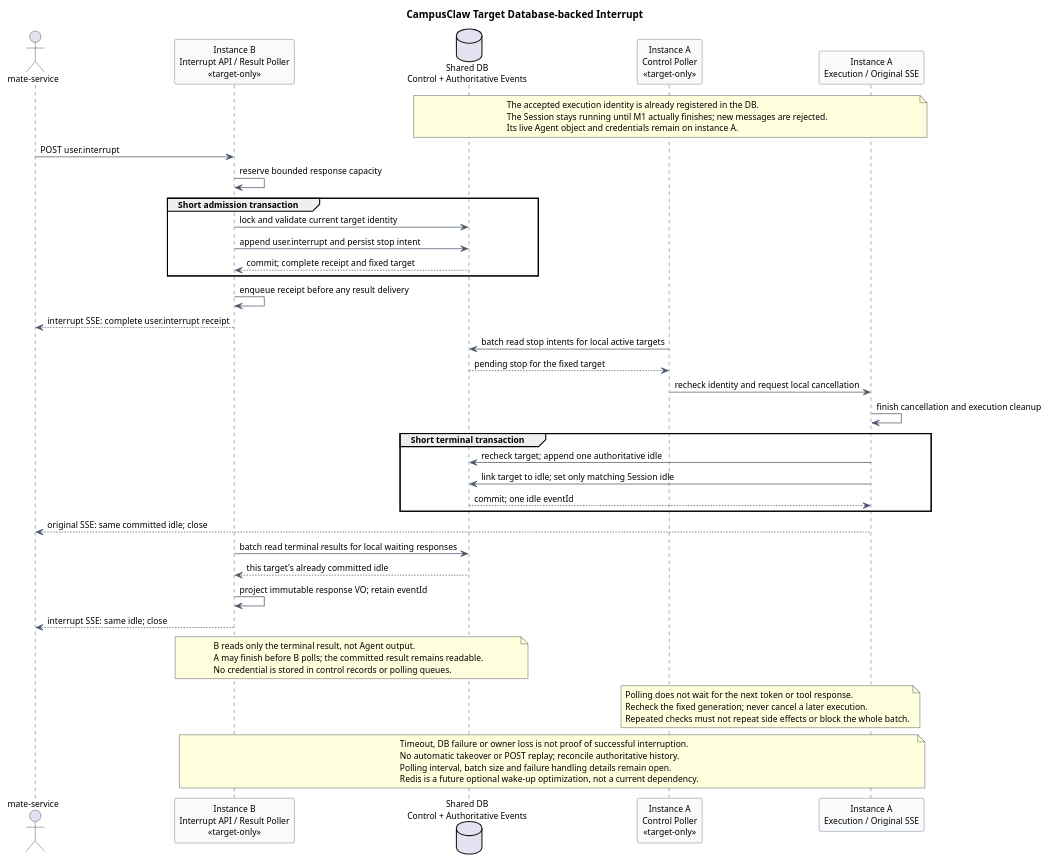
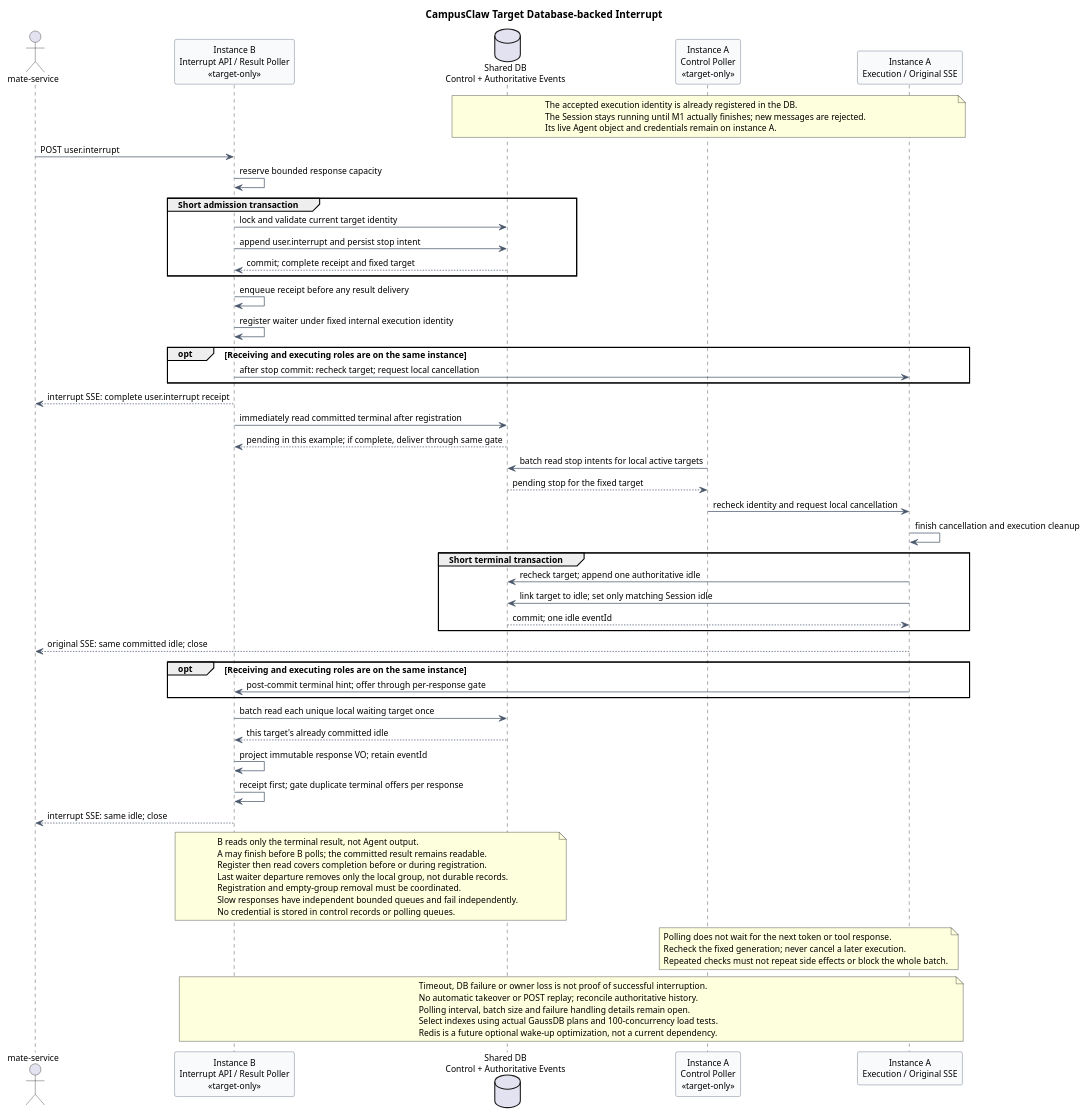
One commit to ssm0808/pi-mono-java-design changed the fourth of 5 diagrams in 01-总体架构/01-CampusClaw多Agent运行时/设计图/事件接口重设计/diagram.puml. Above: the diagram before and after it, drawn with PlantUML. The commit also changed other lines of this file and 14 other files, not shown here.

```diff
--- a/01-总体架构/01-CampusClaw多Agent运行时/设计图/事件接口重设计/diagram.puml
+++ b/01-总体架构/01-CampusClaw多Agent运行时/设计图/事件接口重设计/diagram.puml
@@ -303,76 +314,93 @@
 @startuml target_database_interrupt_delivery
 title CampusClaw Target Database-backed Interrupt
 ' Source evidence: pi-mono-java 918005ee8ccc88d179fc31a0de17a92b4a01383b.
 ' campusclaw/src/main/java/com/huawei/hicampus/claw/codingagent/runtimeapi/runtime/RuntimeActiveExecution.java,
 ' requestAbort/complete: in-memory cancellation and completion only.
 ' campusclaw/src/main/java/com/huawei/hicampus/claw/codingagent/runtimeapi/runtime/RuntimeSessionEngineRegistry.java,
 ' register/find: active executions live inside one process.
 ' campusclaw/src/main/java/com/huawei/hicampus/claw/codingagent/runtimeapi/persistence/MyBatisRuntimeSessionRepository.java,
 ' acceptUserEvent/finishExecution: current message acceptance and Session state updates.
 ' Observed behavior: current Java has no durable cross-instance interrupt handoff.
 ' Confirmed target architecture: DB stop intent and per-instance batch polling.
+' Confirmed M7: post-commit local wake-up, unique target queries, measured indexes.
+' Target-only: registration recovery and terminal delivery gates are not implemented.
 ' Design reason: accept on any instance without sticky routing or remote Java references.
 ' Schema, interval, race response details and crash recovery remain under review.
 skinparam backgroundColor #FFFFFF
 skinparam shadowing false
 skinparam defaultFontName Arial
 skinparam defaultFontSize 12
 skinparam sequence {
   ParticipantBackgroundColor #F8FAFC
   ParticipantBorderColor #475569
   ArrowColor #475569
 }
 actor "mate-service" as Client
 participant "Instance B\nInterrupt API / Result Poller\n<<target-only>>" as B
 database "Shared DB\nControl + Authoritative Events" as DB
 participant "Instance A\nControl Poller\n<<target-only>>" as Poller
 participant "Instance A\nExecution / Original SSE" as A
 
 note over DB,A
 The accepted execution identity is already registered in the DB.
 The Session stays running until M1 actually finishes; new messages are rejected.
 Its live Agent object and credentials remain on instance A.
 end note
 Client -> B : POST user.interrupt
 B -> B : reserve bounded response capacity
 group Short admission transaction
   B -> DB : lock and validate current target identity
   B -> DB : append user.interrupt and persist stop intent
   DB --> B : commit; complete receipt and fixed target
 end
 B -> B : enqueue receipt before any result delivery
+B -> B : register waiter under fixed internal execution identity
+opt Receiving and executing roles are on the same instance
+  B -> A : after stop commit: recheck target; request local cancellation
+end
 B --> Client : interrupt SSE: complete user.interrupt receipt
+B -> DB : immediately read committed terminal after registration
+DB --> B : pending in this example; if complete, deliver through same gate
 
 Poller -> DB : batch read stop intents for local active targets
 DB --> Poller : pending stop for the fixed target
 Poller -> A : recheck identity and request local cancellation
 A -> A : finish cancellation and execution cleanup
 group Short terminal transaction
   A -> DB : recheck target; append one authoritative idle
   A -> DB : link target to idle; set only matching Session idle
   DB --> A : commit; one idle eventId
 end
 A --> Client : original SSE: same committed idle; close
 
-B -> DB : batch read terminal results for local waiting responses
+opt Receiving and executing roles are on the same instance
+  A -> B : post-commit terminal hint; offer through per-response gate
+end
+B -> DB : batch read each unique local waiting target once
 DB --> B : this target's already committed idle
 B -> B : project immutable response VO; retain eventId
+B -> B : receipt first; gate duplicate terminal offers per response
 B --> Client : interrupt SSE: same idle; close
 
 note over B,DB
 B reads only the terminal result, not Agent output.
 A may finish before B polls; the committed result remains readable.
+Register then read covers completion before or during registration.
+Last waiter departure removes only the local group, not durable records.
+Registration and empty-group removal must be coordinated.
+Slow responses have independent bounded queues and fail independently.
 No credential is stored in control records or polling queues.
 end note
 note over Poller,A
 Polling does not wait for the next token or tool response.
 Recheck the fixed generation; never cancel a later execution.
 Repeated checks must not repeat side effects or block the whole batch.
 end note
 note over B,A
 Timeout, DB failure or owner loss is not proof of successful interruption.
 No automatic takeover or POST replay; reconcile authoritative history.
 Polling interval, batch size and failure handling details remain open.
+Select indexes using actual GaussDB plans and 100-concurrency load tests.
 Redis is a future optional wake-up optimization, not a current dependency.
 end note
 @enduml
```
